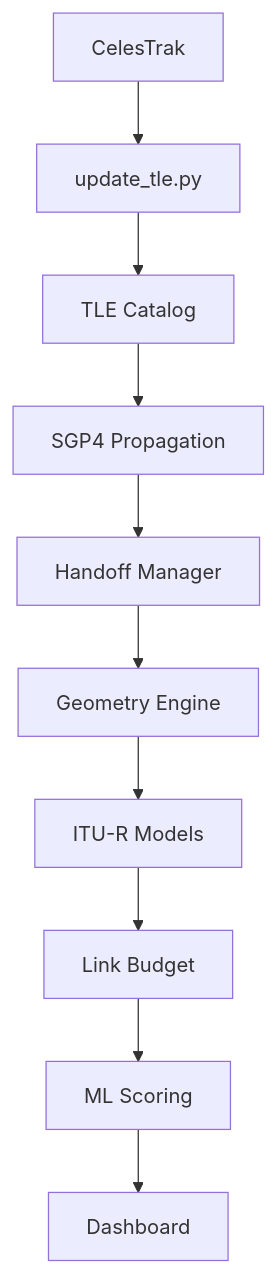
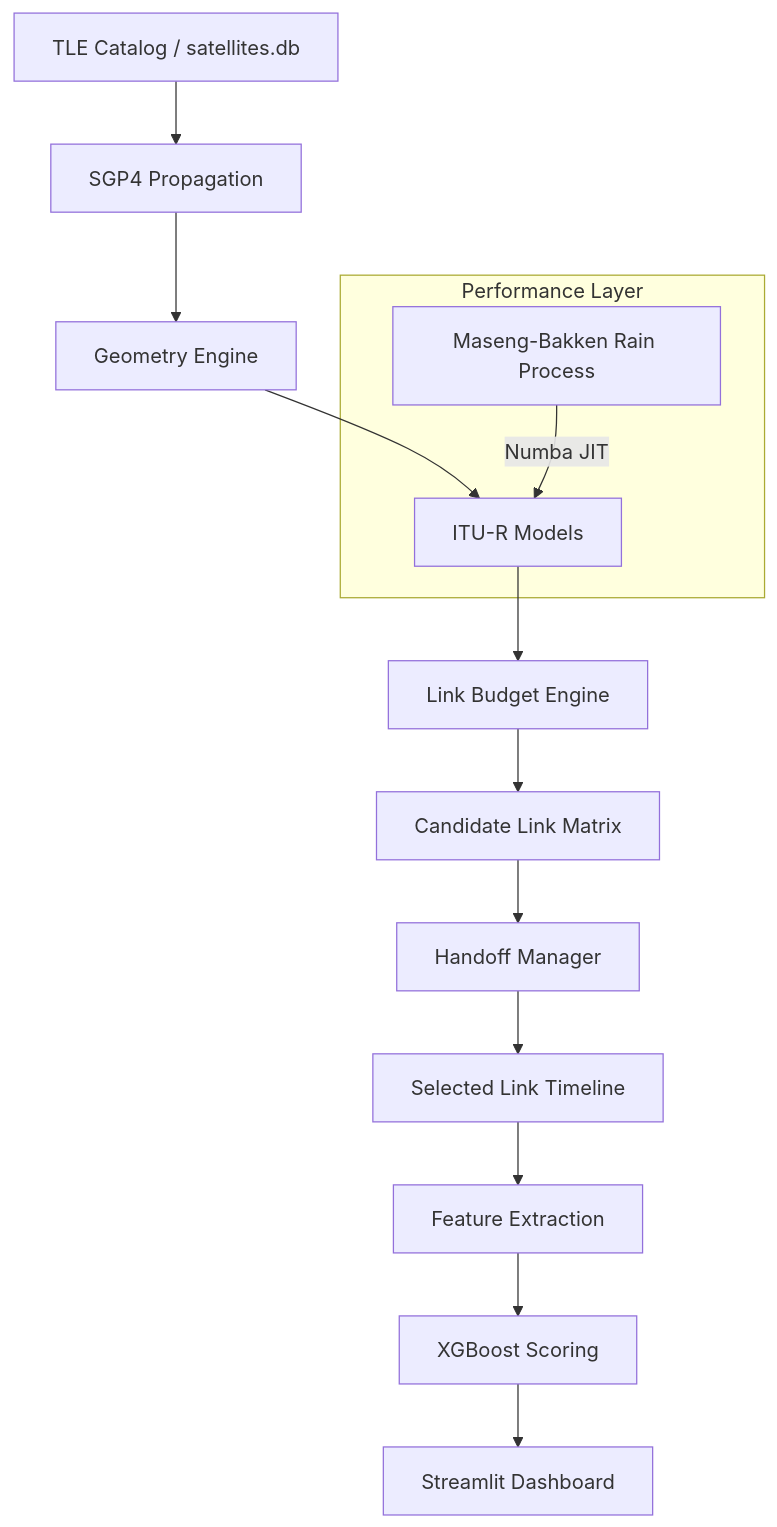
The diagram in readme.md (saksham10arora-dotcom/satlinksim-api), drawn with Mermaid before and after one commit.

Commit message:
Updated readme diagram

````diff
--- a/readme.md
+++ b/readme.md
@@ -26,12 +26,23 @@
 ```mermaid
 graph TD
-    I[CelesTrak] --> J[update_tle.py]
-    J --> A[TLE Catalog]
-    A --> B[SGP4 Propagation]
-    B --> C[Handoff Manager]
-    C --> D[Geometry Engine]
-    D --> E[ITU-R Models]
-    E --> F[Link Budget]
-    F --> G[ML Scoring]
-    G --> H[Dashboard]
+    A[TLE Catalog / satellites.db] --> B[SGP4 Propagation]
+
+    B --> C[Geometry Engine]
+    C --> D[ITU-R Models]
+    D --> E[Link Budget Engine]
+
+    E --> F[Candidate Link Matrix]
+
+    F --> G[Handoff Manager]
+
+    G --> H[Selected Link Timeline]
+
+    H --> I[Feature Extraction]
+    I --> J[XGBoost Scoring]
+    J --> K[Streamlit Dashboard]
+
+    subgraph JIT_ACCELERATED [Performance Layer]
+        R[Maseng-Bakken Rain Process]
+        R -- Numba JIT --> D
+    end
 ```
````
